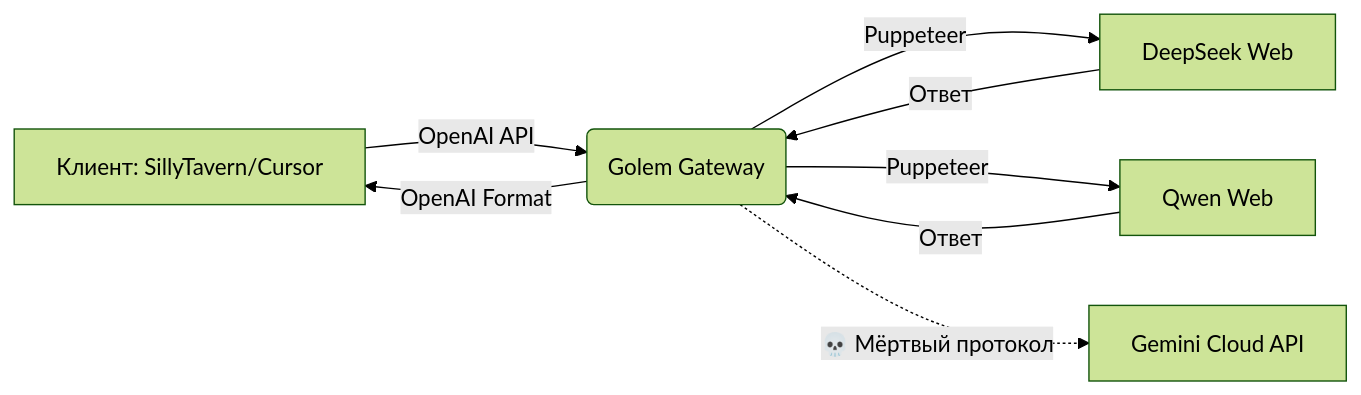
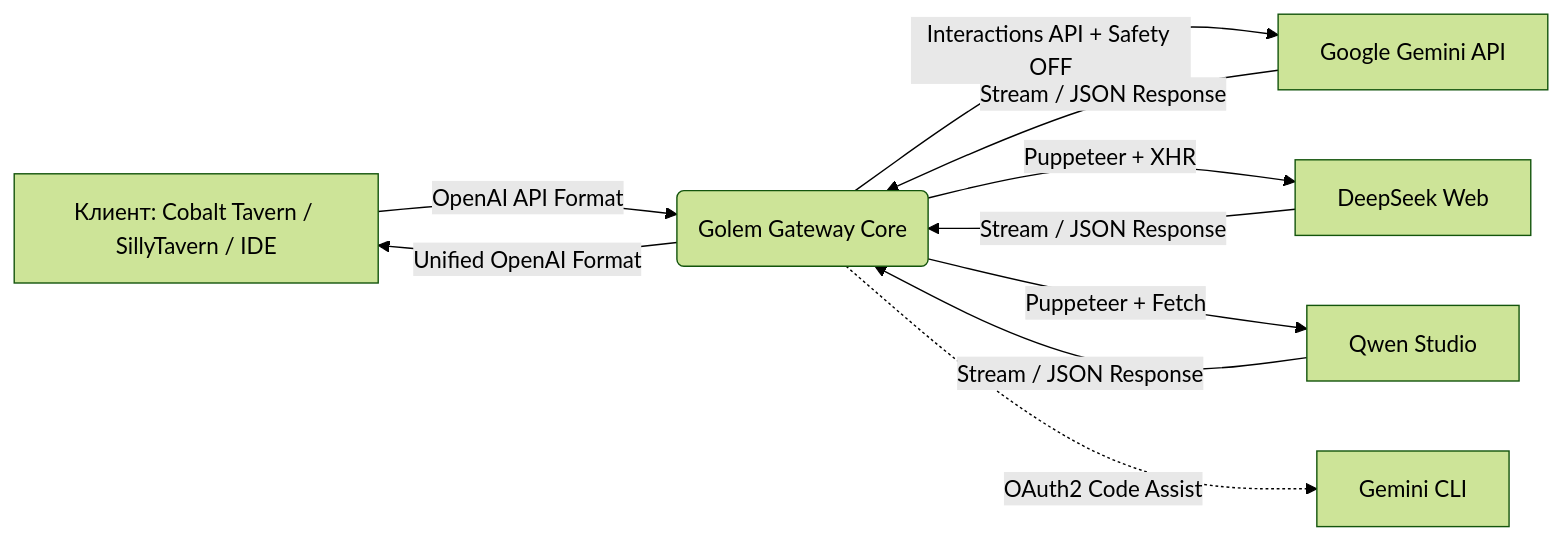
Before and after one commit to GrishaDeLumiere/golem-gateway: the diagram in README.md, drawn with Mermaid (forest theme). The commit also changed other lines of this file and 3 other files, not shown here.

Commit message:
feat: update version to 0.3.0 and enhance README with Cobalt Tavern recommendations

````diff
--- a/README.md
+++ b/README.md
@@ -47,8 +67,9 @@
 ```mermaid
 graph LR
- A[Клиент: SillyTavern/Cursor] -->|OpenAI API | B(Golem Gateway)
- B -->|Puppeteer| C[DeepSeek Web]
- B -->|Puppeteer| D[Qwen Web]
- B -.->|💀 Мёртвый протокол| E[Gemini Cloud API]
- C & D -->|Ответ| B -->|OpenAI Format| A
+ A[Клиент: Cobalt Tavern / SillyTavern / IDE] -->|OpenAI API Format| B(Golem Gateway Core)
+ B -->|Interactions API + Safety OFF| C[Google Gemini API]
+ B -->|Puppeteer + XHR| D[DeepSeek Web]
+ B -->|Puppeteer + Fetch| E[Qwen Studio]
+ B -.->|OAuth2 Code Assist| F[Gemini CLI]
+ C & D & E -->|Stream / JSON Response| B -->|Unified OpenAI Format| A
 ```
````
